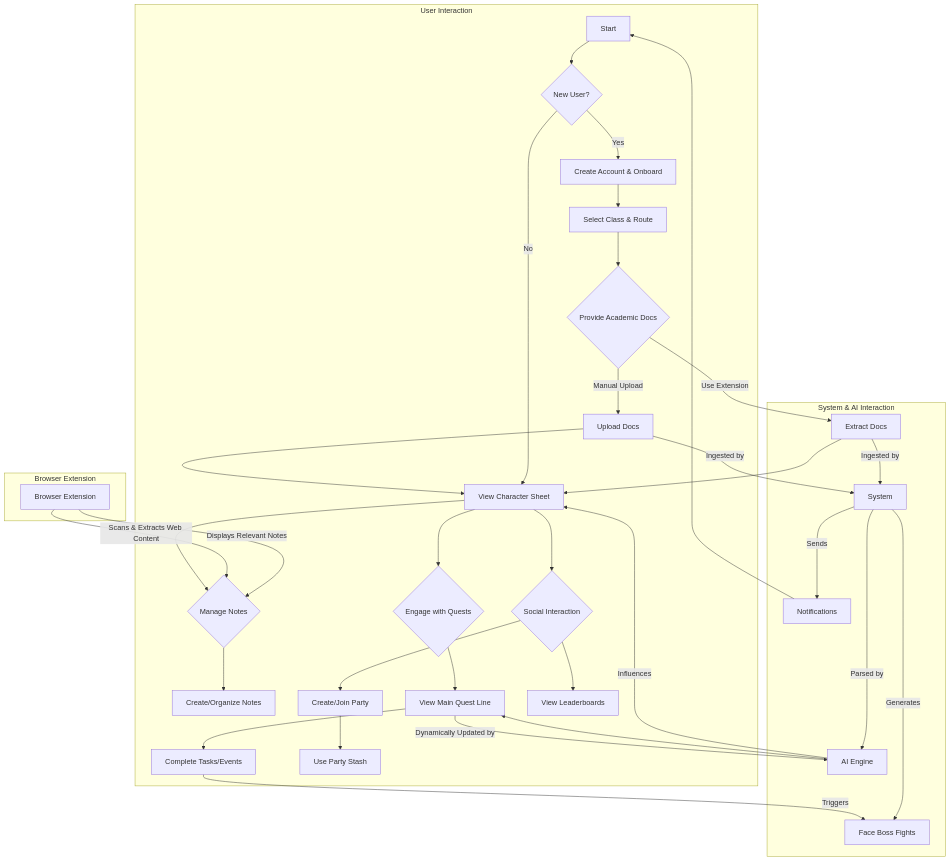
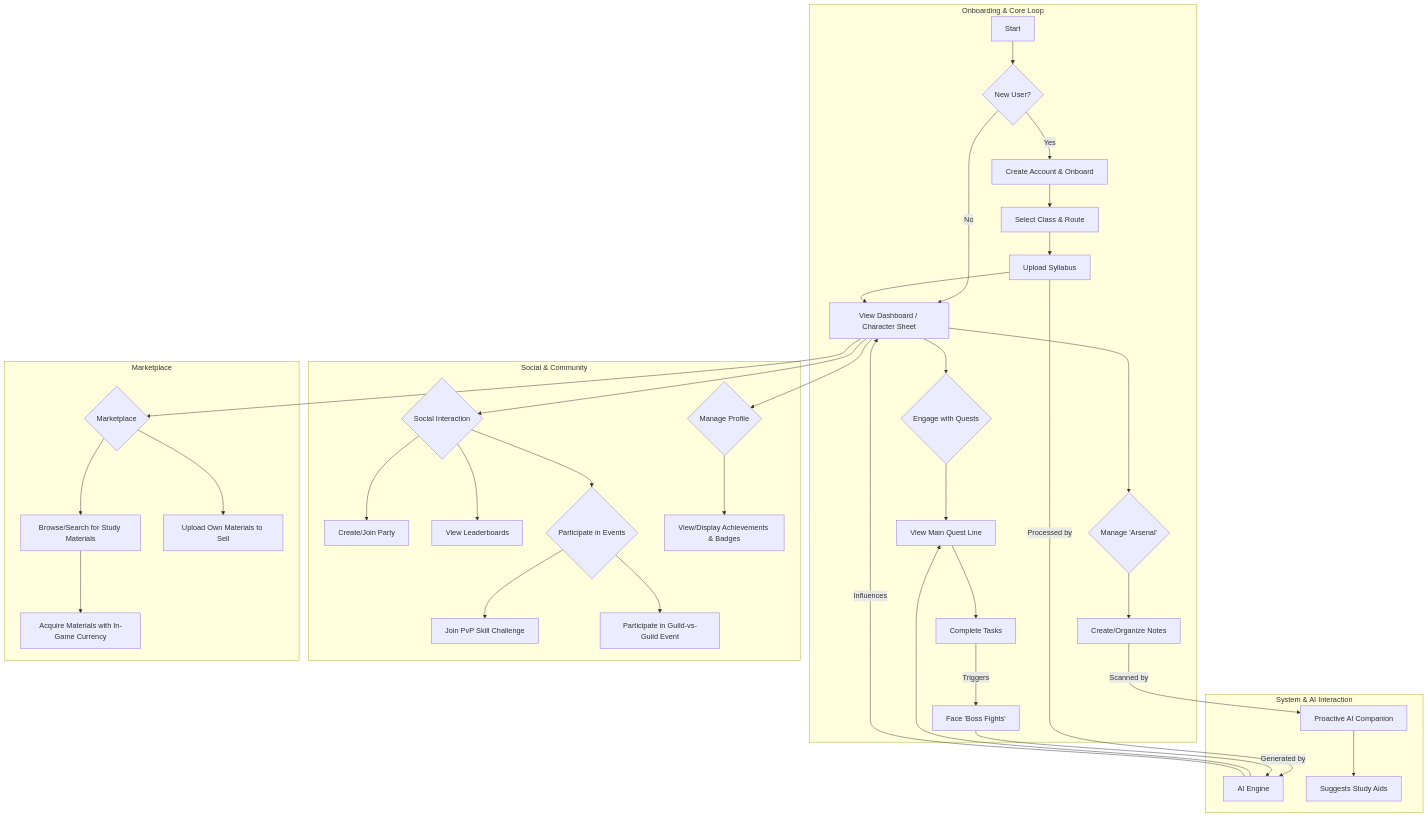
The first of 5 diagrams in docs/prd/user-flows.md (FA25SE050-RogueLearn/RogueLearn.BMAD.Documentation), drawn with Mermaid before and after one commit. The commit also changed other lines of this file and 2 other files, not shown here.

````diff
--- a/docs/prd/user-flows.md
+++ b/docs/prd/user-flows.md
@@ -7,41 +7,44 @@
 ```mermaid
 graph TD
-    subgraph "User Interaction"
+    subgraph "Onboarding & Core Loop"
         A[Start] --> B{New User?};
         B -- Yes --> C[Create Account & Onboard];
+        B -- No --> F[View Dashboard / Character Sheet];
         C --> D[Select Class & Route];
-        D --> E{Provide Academic Docs};
-        E -- Manual Upload --> E_MANUAL[Upload Docs];
-        E_MANUAL --> F[View Character Sheet];
-        F --> G{Manage Notes}; 
-        G --> H[Create/Organize Notes];
-        F --> I{Engage with Quests};
-        I --> J[View Main Quest Line];
-        J --> K[Complete Tasks/Events];
+        D --> E[Upload Syllabus];
+        E --> F;
+        F --> G{Engage with Quests};
+        G --> H[View Main Quest Line];
+        H --> I[Complete Tasks];
+        I -- Triggers --> J[Face 'Boss Fights'];
+        F --> K{Manage 'Arsenal'};
+        K --> L[Create/Organize Notes];
+    end
+
+    subgraph "Social & Community"
         F --> M{Social Interaction};
         M --> N[Create/Join Party];
-        N --> O[Use Party Stash];
-        M --> P[View Leaderboards];
-        B -- No --> F;
+        M --> O[View Leaderboards];
+        M --> P{Participate in Events};
+        P --> Q[Join PvP Skill Challenge];
+        P --> R[Participate in Guild-vs-Guild Event];
+        F --> S{Manage Profile};
+        S --> T[View/Display Achievements & Badges];
+    end
+
+    subgraph "Marketplace"
+        F --> U{Marketplace};
+        U --> V[Browse/Search for Study Materials];
+        V --> W[Acquire Materials with In-Game Currency];
+        U --> X[Upload Own Materials to Sell];
     end
 
     subgraph "System & AI Interaction"
-        E_MANUAL -- Ingested by --> S1[System];
-        E_EXTRACT -- Ingested by --> S1;
-        S1 -- Parsed by --> AI1[AI Engine];
-        AI1 --> J;
+        E -- Processed by --> AI1[AI Engine];
+        AI1 --> H;
         AI1 -- Influences --> F;
-        K -- Triggers --> L[Face Boss Fights];
-        S1 -- Generates --> L;
-        J -- Dynamically Updated by --> AI1;
-        S1 -- Sends --> Notif[Notifications];
-        Notif --> A;
-    end
-
-    subgraph "Browser Extension"
-        E -- Use Extension --> E_EXTRACT[Extract Docs];
-        E_EXTRACT --> F;
-        Ext1[Browser Extension] -- Scans & Extracts Web Content --> G;
-        Ext1 -- Displays Relevant Notes --> G;
+        J -- Generated by --> AI1;
+        L -- Scanned by --> AI2[Proactive AI Companion];
+        AI2 --> Y[Suggests Study Aids];
     end
 ```
````
